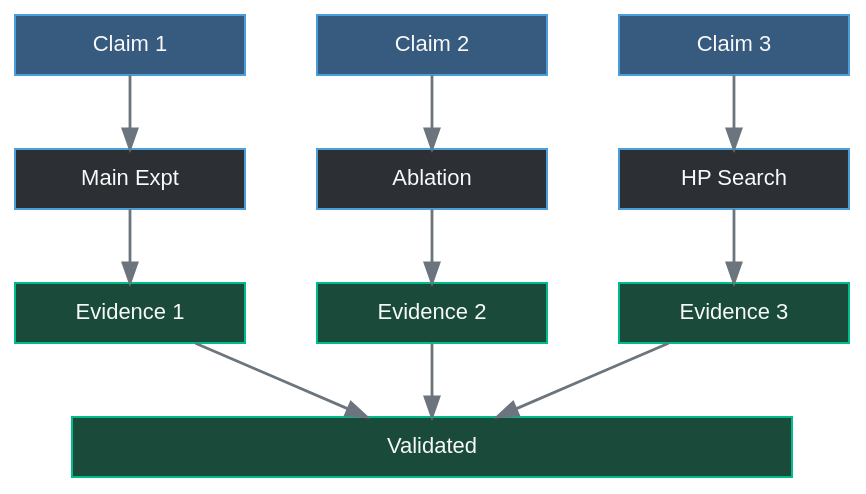
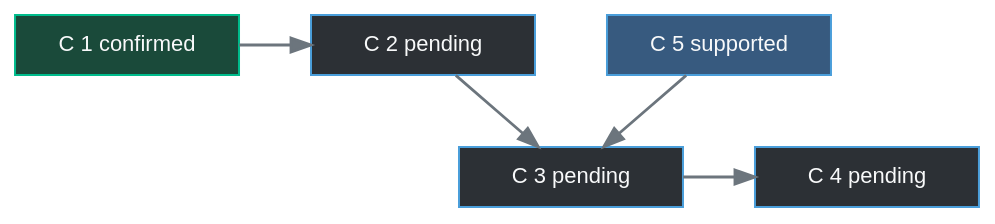
Before and after one commit to HongyuCao3/dmllm-refresh-frontier: the second of 2 diagrams in docs/claims.qmd, drawn with Graphviz. The commit also changed other lines of this file and 24 other files, not shown here.

````diff
--- a/docs/claims.qmd
+++ b/docs/claims.qmd
@@ -66,42 +59,20 @@
 ```{dot}
 //| label: fig-claims
-//| fig-cap: "Claim → experiment → evidence chain"
+//| fig-cap: "Claim to evidence; C 5 decides which anchors C 3 and C 4 use"
 //| fig-width: 7
-//| fig-height: 3.5
+//| fig-height: 2.8
 digraph G {
   bgcolor="transparent"
   rankdir=TB
-  graph [ranksep=0.52, nodesep=0.5]
+  graph [ranksep=0.5, nodesep=0.5]
   node [style=filled, fillcolor="#2c3035", color="#4a9eda",
         fontcolor="#f8f9fa", fontname="Arial", fontsize=11,
-        shape=box, width=1.6, height=0.42]
+        shape=box, width=1.55, height=0.42]
   edge [color="#6c757d", penwidth=1.4]
-
-  subgraph row1 {
-    rank=same
-    C1 [label="Claim 1", fillcolor="#375a7f"]
-    C2 [label="Claim 2", fillcolor="#375a7f"]
-    C3 [label="Claim 3", fillcolor="#375a7f"]
-  }
-  subgraph row2 {
-    rank=same
-    X1 [label="Main Expt"]
-    X2 [label="Ablation"]
-    X3 [label="HP Search"]
-  }
-  subgraph row3 {
-    rank=same
-    E1 [label="Evidence 1", fillcolor="#1a4a3a", color="#00bc8c"]
-    E2 [label="Evidence 2", fillcolor="#1a4a3a", color="#00bc8c"]
-    E3 [label="Evidence 3", fillcolor="#1a4a3a", color="#00bc8c"]
-  }
-  subgraph row4 {
-    rank=same
-    V [label="Validated", fillcolor="#1a4a3a", color="#00bc8c", width=5.0]
-  }
-
-  C1 -> X1  C2 -> X2  C3 -> X3
-  X1 -> E1  X2 -> E2  X3 -> E3
-  E1 -> V  E2 -> V  E3 -> V
+  {rank=same; C1 [label="C 1 confirmed", fillcolor="#1a4a3a", color="#00bc8c"]; C5 [label="C 5 supported", fillcolor="#375a7f"]; C2 [label="C 2 pending"]}
+  {rank=same; C3 [label="C 3 pending"]; C4 [label="C 4 pending"]}
+  C1 -> C2
+  C5 -> C3
+  C2 -> C3 -> C4
 }
 ```
````
